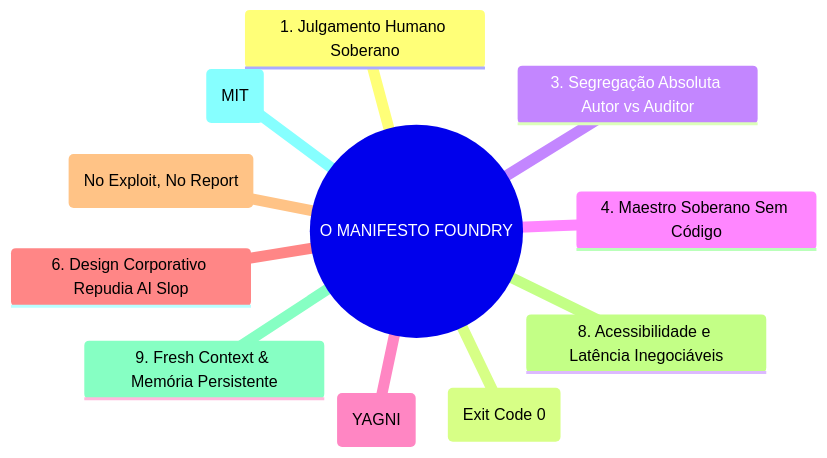
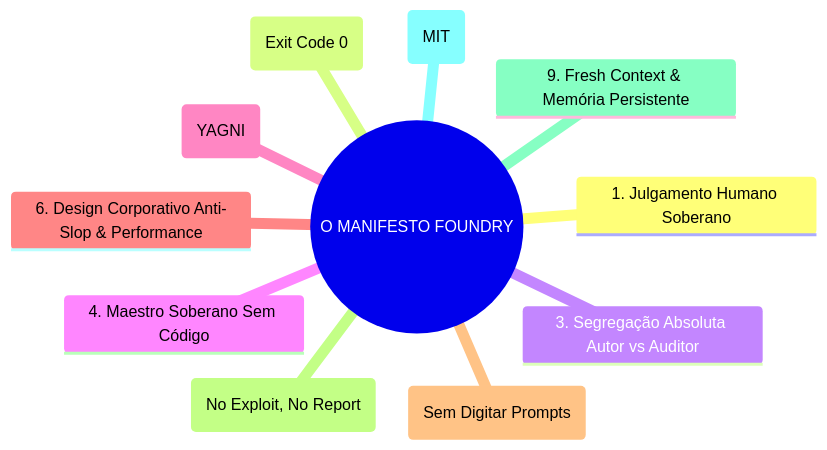
The fourth of 4 diagrams in docs/07_THE_FOUNDRY_JOURNEY_AND_MANIFESTO.md (mrcodingdev/antigravity-foundry), drawn with Mermaid before and after one commit. The commit also changed other lines of this file and 6 other files, not shown here.

Commit message:
feat: add proactive autonomous routing and zero-overhead UX documentation

````diff
--- a/docs/07_THE_FOUNDRY_JOURNEY_AND_MANIFESTO.md
+++ b/docs/07_THE_FOUNDRY_JOURNEY_AND_MANIFESTO.md
@@ -189,14 +189,14 @@
 ```mermaid
 mindmap
   root((O MANIFESTO FOUNDRY))
     1. Julgamento Humano Soberano
     2. Prova over Prosa (Exit Code 0)
     3. Segregação Absoluta Autor vs Auditor
     4. Maestro Soberano Sem Código
     5. Menos Código é Mais Inteligência (YAGNI)
-    6. Design Corporativo Repudia AI Slop
-    7. Segurança Ofensiva Real (No Exploit, No Report)
-    8. Acessibilidade e Latência Inegociáveis
+    6. Design Corporativo Anti-Slop & Performance
+    7. Zero-Overhead UX (Sem Digitar Prompts)
+    8. Segurança Ofensiva Real (No Exploit, No Report)
     9. Fresh Context & Memória Persistente
     10. Open-Source Universal e Livre (MIT)
 ```
````
